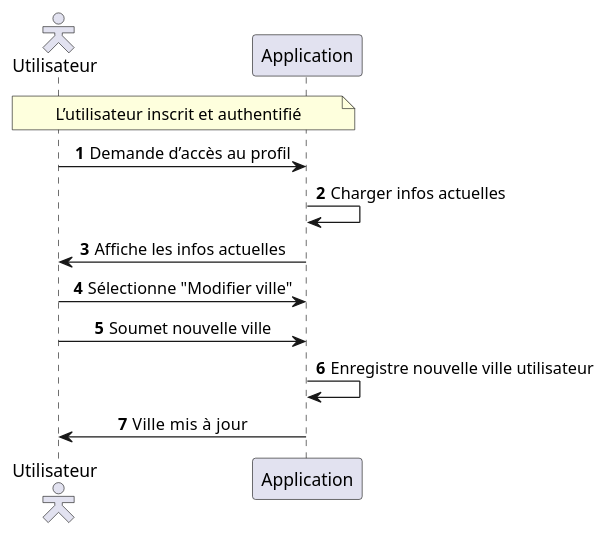
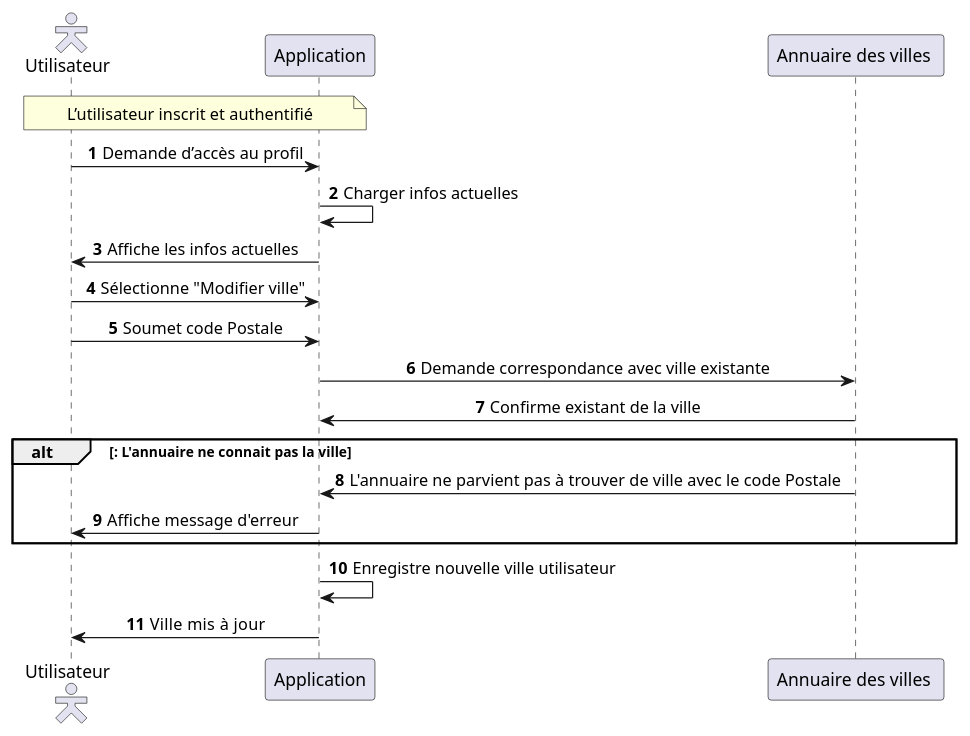
One commit to MinaroliCorentin/PSO changed the diagram in src/Description_des_scenarios_Config_Utilisateur_modifier_ville.puml. Above: the diagram before and after it, drawn with PlantUML. The commit also changed 5 other files, not shown here.

```diff
--- a/src/Description_des_scenarios_Config_Utilisateur_modifier_ville.puml
+++ b/src/Description_des_scenarios_Config_Utilisateur_modifier_ville.puml
@@ -1,20 +1,29 @@
 @startuml
 autonumber
 skinparam sequenceMessageAlign center
 skinparam actorStyle hollow
 
 actor "Utilisateur" as user
 participant "Application" as app
+participant "Annuaire des villes " as annuaire
 
 note over user, app
 L’utilisateur inscrit et authentifié
 end note
 
 user -> app : Demande d’accès au profil
 app -> app : Charger infos actuelles
 app -> user : Affiche les infos actuelles
 user -> app : Sélectionne "Modifier ville"
-user -> app : Soumet nouvelle ville
+user -> app : Soumet code Postale
+app -> annuaire : Demande correspondance avec ville existante
+annuaire -> app : Confirme existant de la ville
+
+alt : L'annuaire ne connait pas la ville
+annuaire -> app : L'annuaire ne parvient pas à trouver de ville avec le code Postale
+app -> user : Affiche message d'erreur
+end
+
 app -> app : Enregistre nouvelle ville utilisateur
 app -> user : Ville  mis à jour
 @enduml
```
